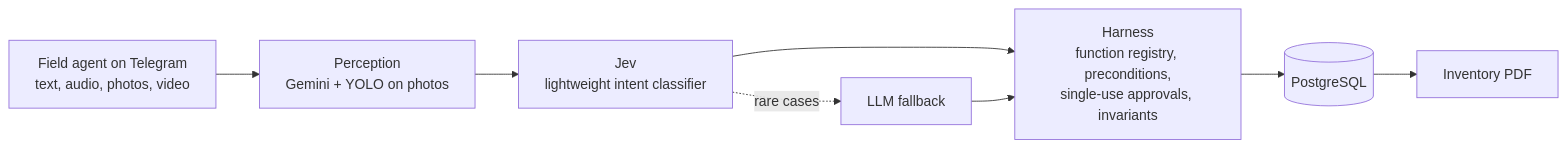
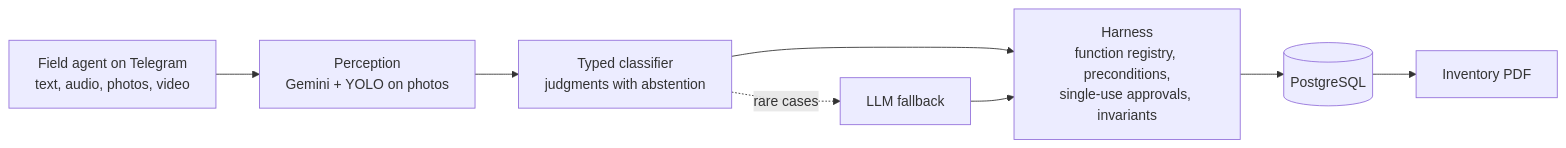
One commit to NatoRemolina/NatoRemolina changed the diagram in README.md. Above: the diagram before and after it, drawn with Mermaid. The commit also changed other lines of this file, not shown here.

Commit message:
README: accurate harness case study (third-party classifier, lab results, AI-first)

````diff
--- a/README.md
+++ b/README.md
@@ -82,10 +84,10 @@
 ```mermaid
 flowchart LR
     U[Field agent on Telegram<br/>text, audio, photos, video] --> P[Perception<br/>Gemini + YOLO on photos]
-    P --> J[Jev<br/>lightweight intent classifier]
+    P --> J[Typed classifier<br/>judgments with abstention]
     J -. rare cases .-> L[LLM fallback]
     J --> H[Harness<br/>function registry, preconditions,<br/>single-use approvals, invariants]
     L --> H
     H --> D[(PostgreSQL)]
     D --> R[Inventory PDF]
 ```
````
